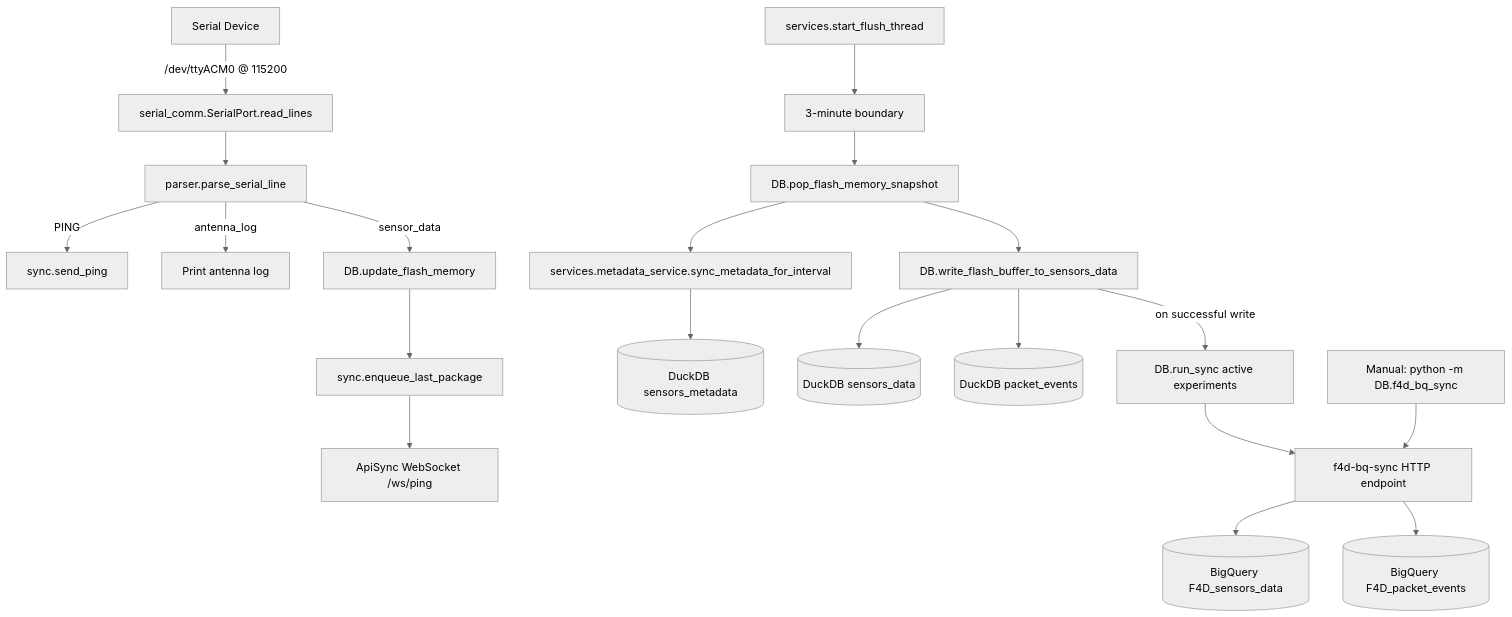
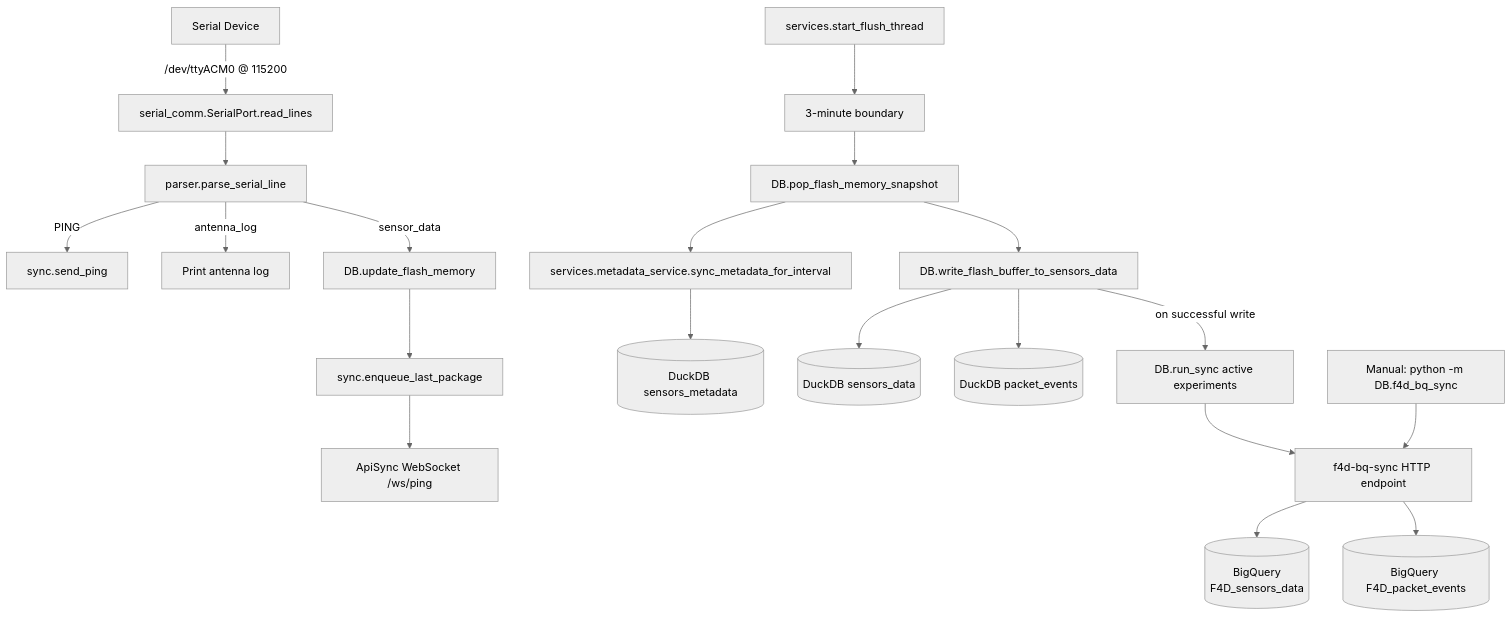
Before and after one commit to field-4d/cloud: the first of 2 diagrams in F4D_python/README.md, drawn with Mermaid (neutral theme).

Commit message:
Update README to improve flowchart clarity for BigQuery integration
- Adjusted flowchart to format the BigQuery table name for better readability.
- Ensured consistent presentation of the `F4D_sensors_data` table in the documentation.

````diff
--- a/F4D_python/README.md
+++ b/F4D_python/README.md
@@ -25,26 +25,26 @@
 ```mermaid
 flowchart TD
   A[Serial Device] -->|/dev/ttyACM0 @ 115200| B[serial_comm.SerialPort.read_lines]
   B --> C[parser.parse_serial_line]
 
   C -->|PING| D[sync.send_ping]
   C -->|antenna_log| E[Print antenna log]
   C -->|sensor_data| F[DB.update_flash_memory]
 
   F --> G[sync.enqueue_last_package]
   G --> H[ApiSync WebSocket /ws/ping]
 
   I[services.start_flush_thread] --> J[3-minute boundary]
   J --> K[DB.pop_flash_memory_snapshot]
   K --> N[services.metadata_service.sync_metadata_for_interval]
   N --> O[(DuckDB sensors_metadata)]
   K --> L[DB.write_flash_buffer_to_sensors_data]
   L --> M[(DuckDB sensors_data)]
   L --> P[(DuckDB packet_events)]
   L -->|on successful write| Q[DB.run_sync active experiments]
   Q --> R[f4d-bq-sync HTTP endpoint]
 
   S[Manual: python -m DB.f4d_bq_sync] --> R
-  R --> BQ1[(BigQuery F4D_sensors_data)]
+  R --> BQ1[(BigQuery \nF4D_sensors_data)]
   R --> BQ2[(BigQuery F4D_packet_events)]
 ```
````
